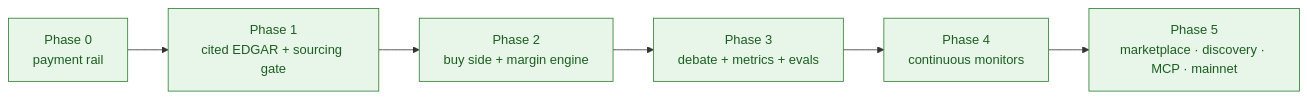
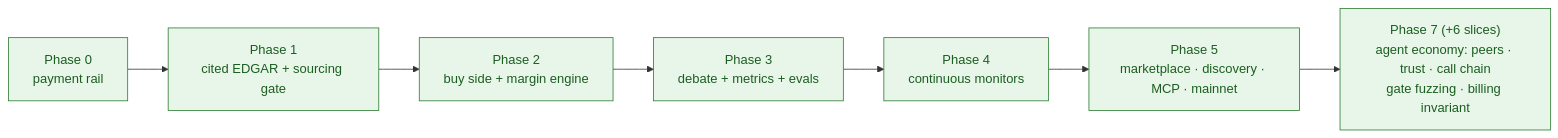
One commit to geogoesbeepboop/jim-agent changed the ninth of 9 diagrams in docs/SYSTEM_MAP.md. Above: the diagram before and after it, drawn with Mermaid. The commit also changed other lines of this file and 26 other files, not shown here.

````diff
--- a/docs/SYSTEM_MAP.md
+++ b/docs/SYSTEM_MAP.md
@@ -332,10 +363,11 @@
 ```mermaid
 flowchart LR
   p0["Phase 0<br/>payment rail"] --> p1["Phase 1<br/>cited EDGAR + sourcing gate"]
   p1 --> p2["Phase 2<br/>buy side + margin engine"]
   p2 --> p3["Phase 3<br/>debate + metrics + evals"]
   p3 --> p4["Phase 4<br/>continuous monitors"]
   p4 --> p5["Phase 5<br/>marketplace · discovery · MCP · mainnet"]
+  p5 --> p7["Phase 7 (+6 slices)<br/>agent economy: peers · trust · call chain<br/>gate fuzzing · billing invariant"]
   classDef done fill:#e8f5e9,stroke:#2e7d32,color:#1b5e20;
-  class p0,p1,p2,p3,p4,p5 done;
+  class p0,p1,p2,p3,p4,p5,p7 done;
 ```
````
